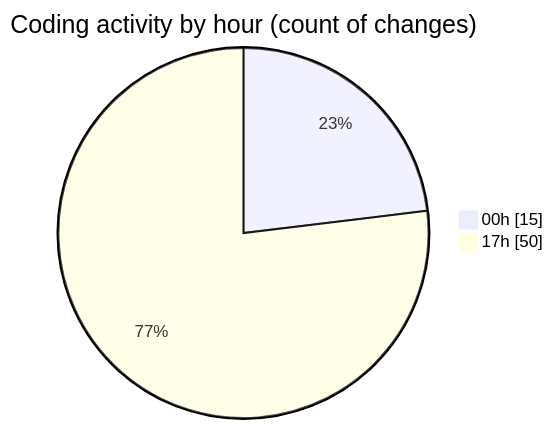
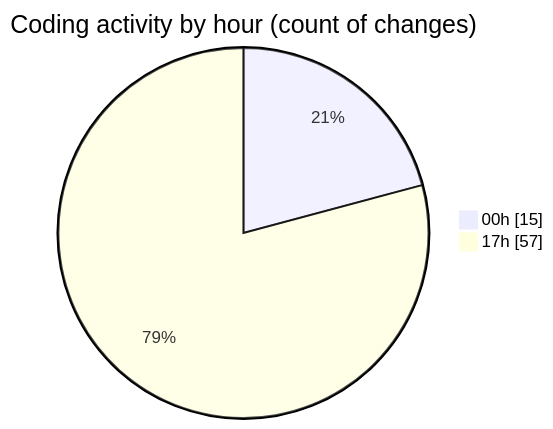
One commit to Netris89/code-tracking changed the second of 2 diagrams in 2025-04-06/echo/README.md. Above: the diagram before and after it, drawn with Mermaid. The commit also changed other lines of this file and 1 other file, not shown here.

````diff
--- a/2025-04-06/echo/README.md
+++ b/2025-04-06/echo/README.md
@@ -37,6 +37,6 @@
 ```mermaid
 pie showData
 title Coding activity by hour (count of changes)
 "00h" : 15
-"17h" : 50
+"17h" : 57
 ```
````
